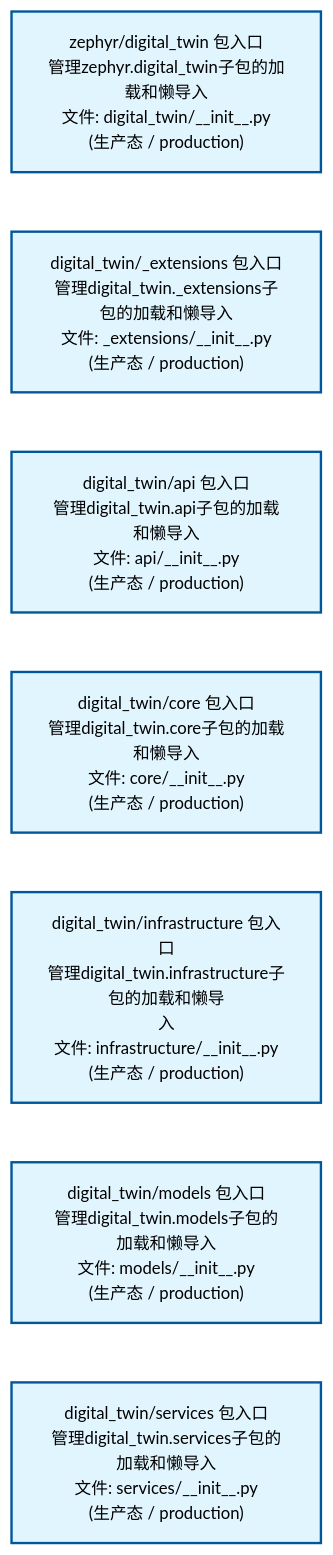
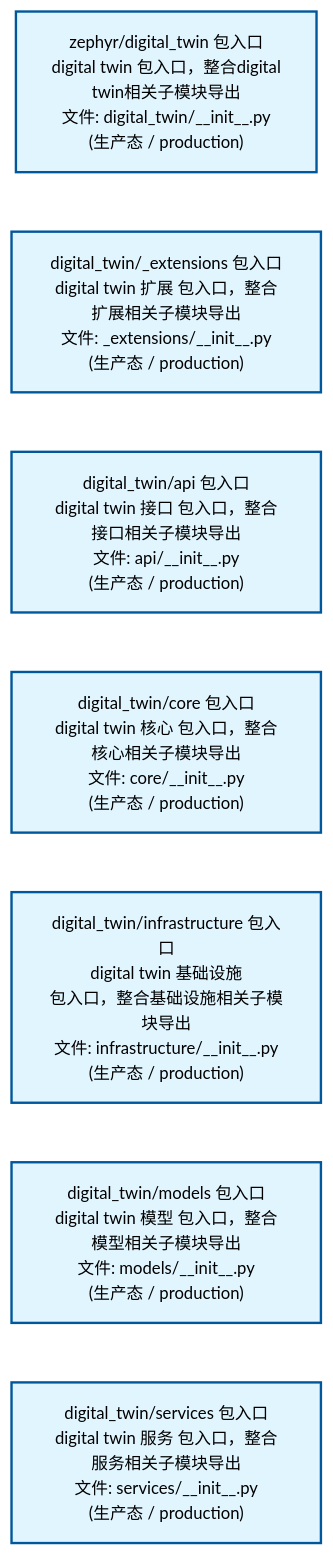
One commit to xuanFelixVan/ZephyrAlpha changed the second of 2 diagrams in docs/02_enterprise_architecture/02_domain_architecture_docs/42_d_digital_twin.md. Above: the diagram before and after it, drawn with Mermaid. The commit also changed other lines of this file and 50 other files, not shown here.

````diff
--- a/docs/02_enterprise_architecture/02_domain_architecture_docs/42_d_digital_twin.md
+++ b/docs/02_enterprise_architecture/02_domain_architecture_docs/42_d_digital_twin.md
@@ -80,22 +80,22 @@
 ```mermaid
 %%{init: {'theme': 'base', 'themeVariables': {'primaryColor': '#eaeaea', 'primaryTextColor': '#333333', 'primaryBorderColor': '#666666', 'lineColor': '#666666', 'secondaryColor': '#eaeaea', 'tertiaryColor': '#eaeaea', 'fontSize': '14px'}}}%%
 flowchart TD
-    src_zephyr_digital_twin_init_py["zephyr/digital_twin 包入口<br/>管理zephyr.digital_twin子包的加载和懒导入<br/>文件: digital_twin/__init__.py<br/>(生产态 / production)"]
-    src_zephyr_digital_twin_extensions_init_py["digital_twin/_extensions 包入口<br/>管理digital_twin._extensions子包的加载和懒导入<br/>文件: _extensions/__init__.py<br/>(生产态 / production)"]
-    src_zephyr_digital_twin_api_init_py["digital_twin/api 包入口<br/>管理digital_twin.api子包的加载和懒导入<br/>文件: api/__init__.py<br/>(生产态 / production)"]
-    src_zephyr_digital_twin_core_init_py["digital_twin/core 包入口<br/>管理digital_twin.core子包的加载和懒导入<br/>文件: core/__init__.py<br/>(生产态 / production)"]
-    src_zephyr_digital_twin_infrastructure_init_py["digital_twin/infrastructure 包入口<br/>管理digital_twin.infrastructure子包的加载和懒导<br/>入<br/>文件: infrastructure/__init__.py<br/>(生产态 / production)"]
-    src_zephyr_digital_twin_models_init_py["digital_twin/models 包入口<br/>管理digital_twin.models子包的加载和懒导入<br/>文件: models/__init__.py<br/>(生产态 / production)"]
-    src_zephyr_digital_twin_services_init_py["digital_twin/services 包入口<br/>管理digital_twin.services子包的加载和懒导入<br/>文件: services/__init__.py<br/>(生产态 / production)"]
+    src_zephyr_digital_twin_init_py["zephyr/digital_twin 包入口<br/>digital twin 包入口，整合digital<br/>twin相关子模块导出<br/>文件: digital_twin/__init__.py<br/>(生产态 / production)"]
+    src_zephyr_digital_twin_extensions_init_py["digital_twin/_extensions 包入口<br/>digital twin 扩展 包入口，整合扩展相关子模块导出<br/>文件: _extensions/__init__.py<br/>(生产态 / production)"]
+    src_zephyr_digital_twin_api_init_py["digital_twin/api 包入口<br/>digital twin 接口 包入口，整合接口相关子模块导出<br/>文件: api/__init__.py<br/>(生产态 / production)"]
+    src_zephyr_digital_twin_core_init_py["digital_twin/core 包入口<br/>digital twin 核心 包入口，整合核心相关子模块导出<br/>文件: core/__init__.py<br/>(生产态 / production)"]
+    src_zephyr_digital_twin_infrastructure_init_py["digital_twin/infrastructure 包入口<br/>digital twin 基础设施<br/>包入口，整合基础设施相关子模块导出<br/>文件: infrastructure/__init__.py<br/>(生产态 / production)"]
+    src_zephyr_digital_twin_models_init_py["digital_twin/models 包入口<br/>digital twin 模型 包入口，整合模型相关子模块导出<br/>文件: models/__init__.py<br/>(生产态 / production)"]
+    src_zephyr_digital_twin_services_init_py["digital_twin/services 包入口<br/>digital twin 服务 包入口，整合服务相关子模块导出<br/>文件: services/__init__.py<br/>(生产态 / production)"]
     src_zephyr_digital_twin_init_py ~~~ src_zephyr_digital_twin_extensions_init_py
     src_zephyr_digital_twin_extensions_init_py ~~~ src_zephyr_digital_twin_api_init_py
     src_zephyr_digital_twin_api_init_py ~~~ src_zephyr_digital_twin_core_init_py
     src_zephyr_digital_twin_core_init_py ~~~ src_zephyr_digital_twin_infrastructure_init_py
     src_zephyr_digital_twin_infrastructure_init_py ~~~ src_zephyr_digital_twin_models_init_py
     src_zephyr_digital_twin_models_init_py ~~~ src_zephyr_digital_twin_services_init_py
     classDef production fill:#e1f5fe,stroke:#01579b,stroke-width:2px,color:#000
     classDef design fill:#fff3e0,stroke:#e65100,stroke-width:2px,color:#000,stroke-dasharray: 5 5
     classDef external_prod fill:#e8f4fd,stroke:#0277bd,stroke-width:1px,color:#000
     classDef external_design fill:#fff8e7,stroke:#ef6c00,stroke-width:1px,color:#000,stroke-dasharray: 5 5
     class src_zephyr_digital_twin_init_py,src_zephyr_digital_twin_extensions_init_py,src_zephyr_digital_twin_api_init_py,src_zephyr_digital_twin_core_init_py,src_zephyr_digital_twin_infrastructure_init_py,src_zephyr_digital_twin_models_init_py,src_zephyr_digital_twin_services_init_py production
 ```
````
